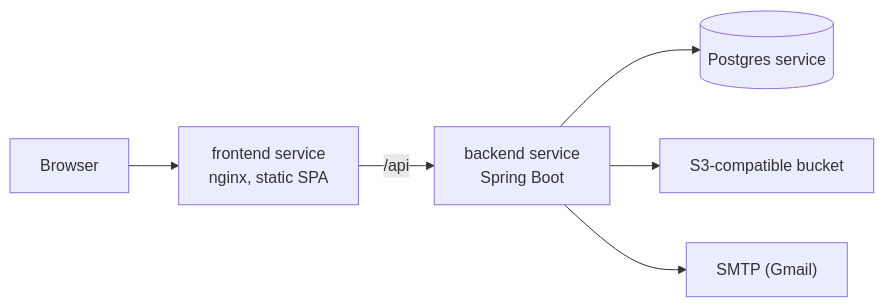
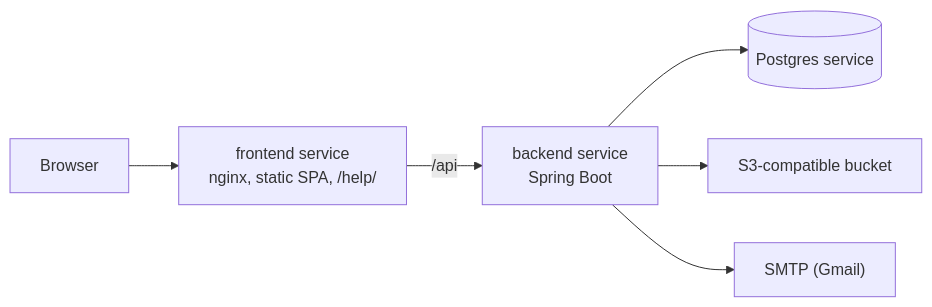
One commit to miketak/carbonos changed the diagram in docs/reference/environments.md. Above: the diagram before and after it, drawn with Mermaid. The commit also changed other lines of this file and 16 other files, not shown here.

First line of the commit message:
feat(help): serve the end-user help at /help/ on the app's origin (ADR 0005) (#110)

````diff
--- a/docs/reference/environments.md
+++ b/docs/reference/environments.md
@@ -14,10 +14,10 @@
 ```mermaid
 flowchart LR
     accTitle: The deployed topology on Railway
-    accDescr: The frontend service serves the SPA and proxies the API to the backend service, which uses the Postgres service and an S3-compatible bucket.
-    browser[Browser] --> fe["frontend service\nnginx, static SPA"]
+    accDescr: The frontend service serves the SPA and the end-user help site at /help/, and proxies the API to the backend service, which uses the Postgres service and an S3-compatible bucket.
+    browser[Browser] --> fe["frontend service\nnginx, static SPA, /help/"]
     fe -- "/api" --> be["backend service\nSpring Boot"]
     be --> pg[("Postgres service")]
     be --> bucket["S3-compatible bucket"]
     be --> smtp["SMTP (Gmail)"]
 ```
````
